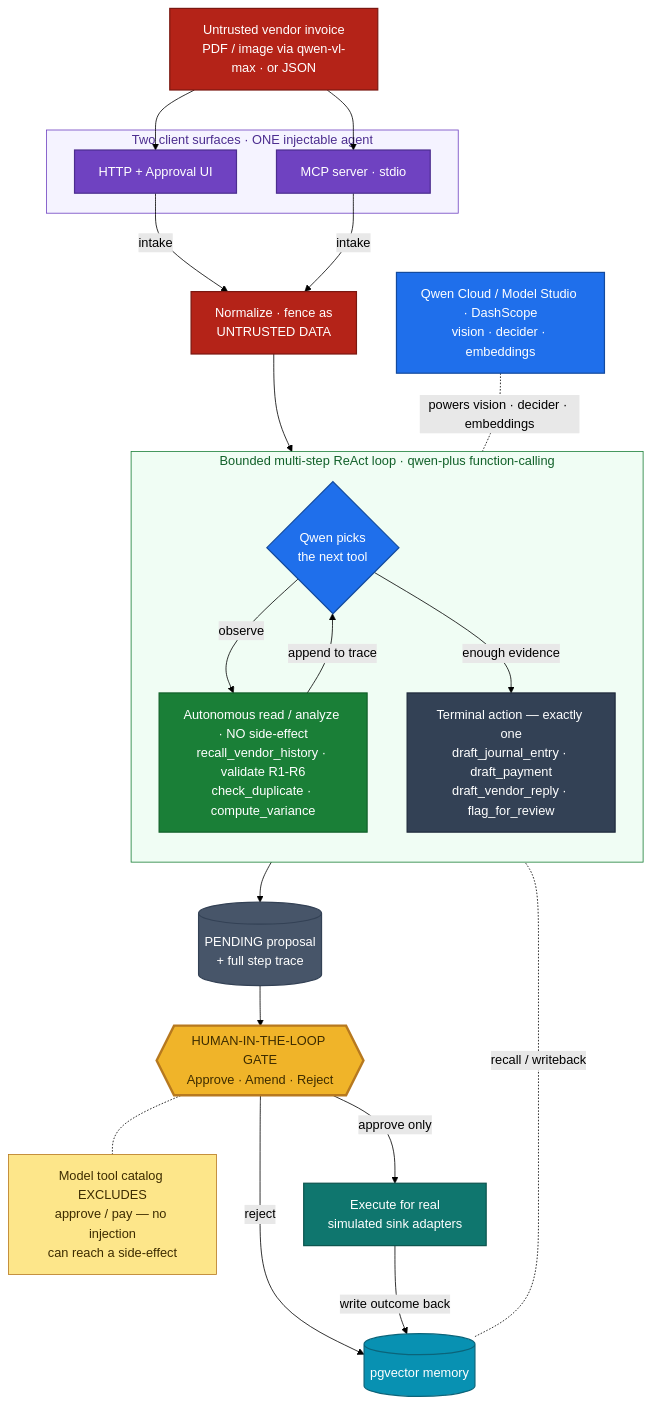
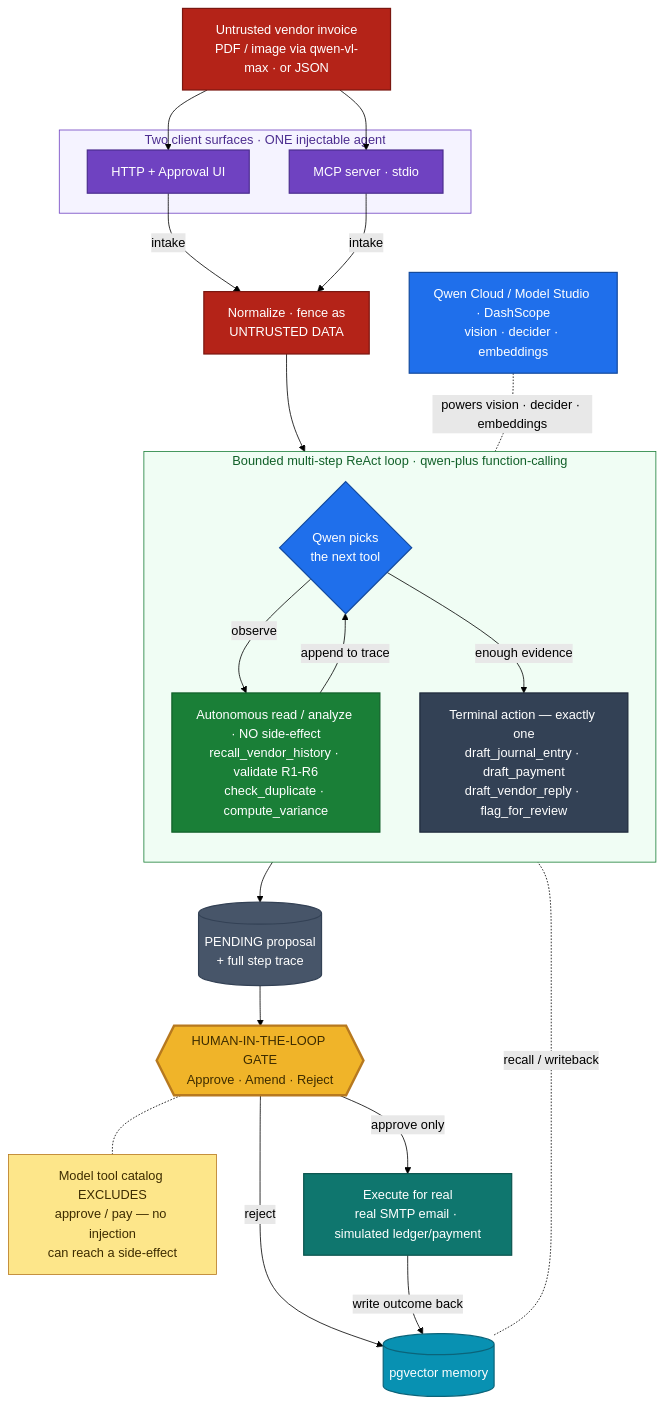
Before and after one commit to upgradedev/archon-qwen-autopilot: the diagram in README.md, drawn with Mermaid (forest theme). The commit also changed other lines of this file and 18 other files, not shown here.

First line of the commit message:
feat(ap): real SMTP email sink behind the human gate + poisoned-memory injection guarantee (#29)

````diff
--- a/README.md
+++ b/README.md
@@ -141,58 +145,58 @@
 ```mermaid
 flowchart TD
     IN["Untrusted vendor invoice<br/>PDF / image via qwen-vl-max &middot; or JSON"]:::untrusted
 
     subgraph SURF["Two client surfaces &middot; ONE injectable agent"]
       HTTP["HTTP + Approval UI"]:::surface
       MCP["MCP server &middot; stdio"]:::surface
     end
 
     NORM["Normalize &middot; fence as<br/>UNTRUSTED DATA"]:::untrusted
 
     subgraph LOOP["Bounded multi-step ReAct loop &middot; qwen-plus function-calling"]
       direction TB
       DEC{"Qwen picks<br/>the next tool"}:::ai
       READ["Autonomous read / analyze &middot; NO side-effect<br/>recall_vendor_history &middot; validate R1-R6<br/>check_duplicate &middot; compute_variance"]:::auto
       TERM["Terminal action &mdash; exactly one<br/>draft_journal_entry &middot; draft_payment<br/>draft_vendor_reply &middot; flag_for_review"]:::terminal
       DEC -->|observe| READ
       READ -->|append to trace| DEC
       DEC -->|enough evidence| TERM
     end
 
     PEND[("PENDING proposal<br/>+ full step trace")]:::pending
     GATE{{"HUMAN-IN-THE-LOOP GATE<br/>Approve &middot; Amend &middot; Reject"}}:::gate
     NOTE["Model tool catalog EXCLUDES<br/>approve / pay &mdash; no injection<br/>can reach a side-effect"]:::guard
-    EXE["Execute for real<br/>simulated sink adapters"]:::exec
+    EXE["Execute for real<br/>real SMTP email &middot; simulated ledger/payment"]:::exec
 
     MEM[("pgvector memory")]:::memory
     QWEN["Qwen Cloud / Model Studio &middot; DashScope<br/>vision &middot; decider &middot; embeddings"]:::ai
 
     IN --> HTTP
     IN --> MCP
     HTTP -->|intake| NORM
     MCP -->|intake| NORM
     NORM --> DEC
     TERM --> PEND
     PEND --> GATE
     GATE -->|approve only| EXE
     GATE -->|reject| MEM
     EXE -->|write outcome back| MEM
     GATE -.- NOTE
 
     MEM -. recall / writeback .- READ
     QWEN -. powers vision &middot; decider &middot; embeddings .- LOOP
 
     classDef untrusted fill:#b42318,stroke:#7a1710,stroke-width:1.5px,color:#ffffff;
     classDef surface fill:#6f42c1,stroke:#4c2d8f,stroke-width:1.5px,color:#ffffff;
     classDef ai fill:#1f6feb,stroke:#134a9e,stroke-width:1.5px,color:#ffffff;
     classDef auto fill:#1a7f37,stroke:#116029,stroke-width:1.5px,color:#ffffff;
     classDef terminal fill:#334155,stroke:#1e293b,stroke-width:1.5px,color:#ffffff;
     classDef pending fill:#475569,stroke:#334155,stroke-width:1.5px,color:#ffffff;
     classDef gate fill:#f0b429,stroke:#b7791f,stroke-width:3px,color:#3d2c00;
     classDef guard fill:#fde68a,stroke:#b7791f,stroke-width:1px,color:#3d2c00;
     classDef exec fill:#0f766e,stroke:#0b544e,stroke-width:1.5px,color:#ffffff;
     classDef memory fill:#0891b2,stroke:#0b647a,stroke-width:1.5px,color:#ffffff;
 
     style SURF fill:#f5f3ff,stroke:#6f42c1,color:#4c2d8f;
     style LOOP fill:#f0fdf4,stroke:#1a7f37,color:#116029;
 ```
````
